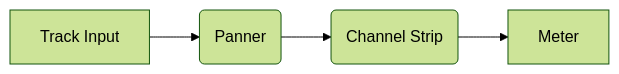
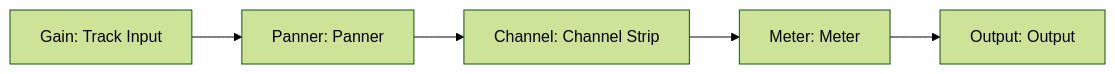
One commit to yannmazita/daw.ts changed the eighth of 9 diagrams in README.md. Above: the diagram before and after it, drawn with Mermaid (forest theme). The commit also changed other lines of this file, not shown here.

````diff
--- a/README.md
+++ b/README.md
@@ -216,6 +337,7 @@
 ```mermaid
     graph LR
-        A[Track Input] --> B(Panner);
-        B --> C(Channel Strip);
-        C --> D[Meter];
+        A[Gain: Track Input] --> B[Panner: Panner];
+        B --> C[Channel: Channel Strip];
+        C --> D[Meter: Meter];
+        D --> E[Output: Output];
 ```
````
